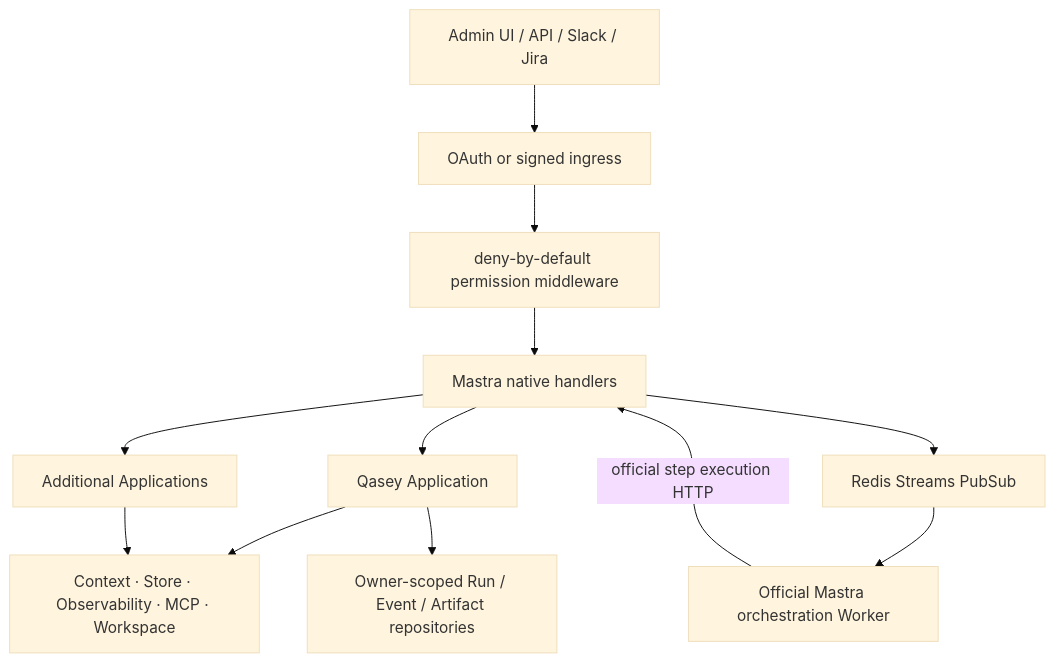
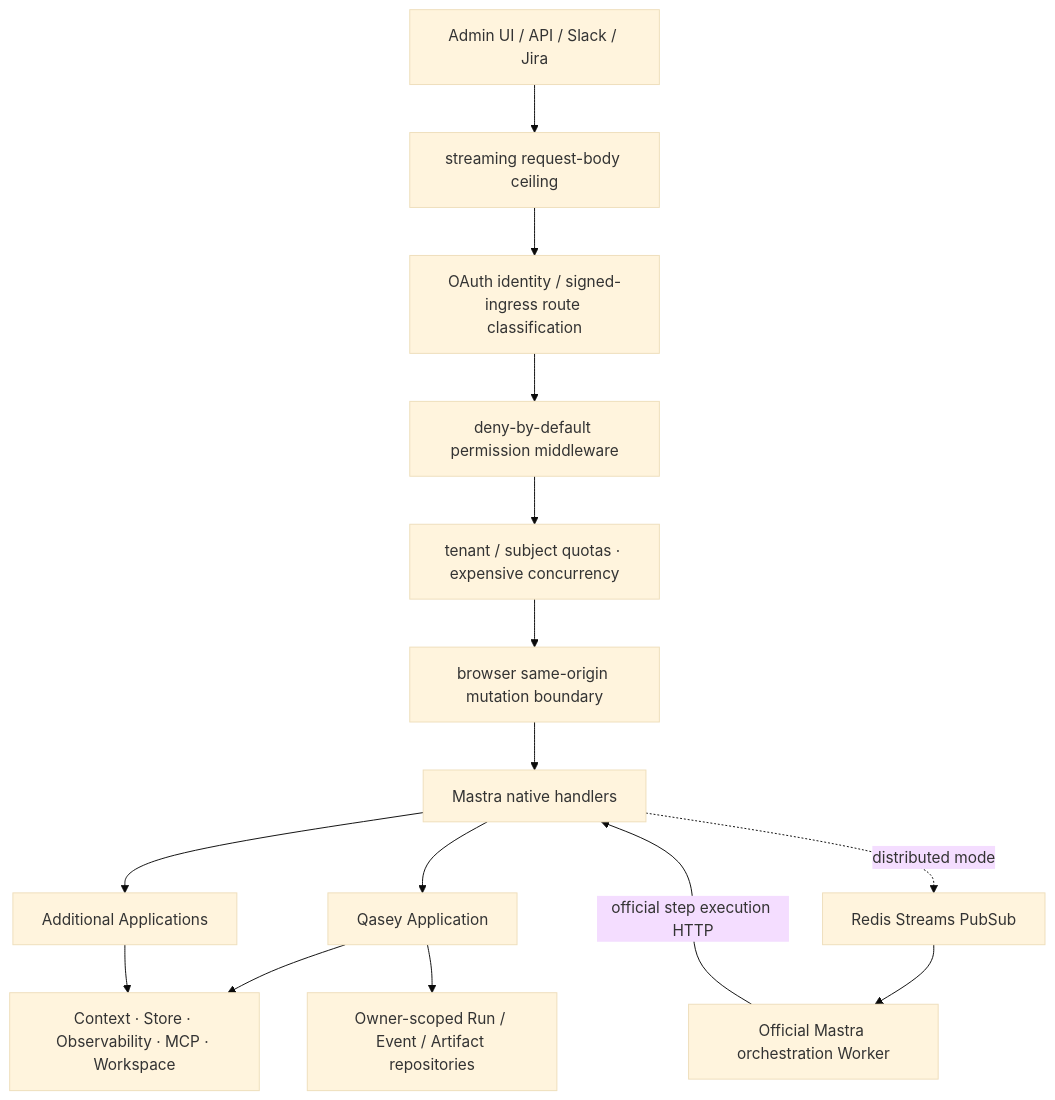
Before and after one commit to GrinZero/qasey: the diagram in ARCHITECTURE.md, drawn with Mermaid (base theme). The commit also changed other lines of this file and 339 other files, not shown here.

````diff
--- a/ARCHITECTURE.md
+++ b/ARCHITECTURE.md
@@ -9,14 +9,17 @@
 ```mermaid
 flowchart TD
-  Client["Admin UI / API / Slack / Jira"] --> Auth["OAuth or signed ingress"]
+  Client["Admin UI / API / Slack / Jira"] --> Body["streaming request-body ceiling"]
+  Body --> Auth["OAuth identity / signed-ingress route classification"]
   Auth --> Permission["deny-by-default permission middleware"]
-  Permission --> Native["Mastra native handlers"]
+  Permission --> Traffic["tenant / subject quotas · expensive concurrency"]
+  Traffic --> Browser["browser same-origin mutation boundary"]
+  Browser --> Native["Mastra native handlers"]
   Native --> Qasey["Qasey Application"]
   Native --> Future["Additional Applications"]
   Qasey --> Shared["Context · Store · Observability · MCP · Workspace"]
   Future --> Shared
   Qasey --> Domain["Owner-scoped Run / Event / Artifact repositories"]
-  Native --> PubSub["Redis Streams PubSub"]
+  Native -. "distributed mode" .-> PubSub["Redis Streams PubSub"]
   PubSub --> Worker["Official Mastra orchestration Worker"]
   Worker -->|"official step execution HTTP"| Native
 ```
````
